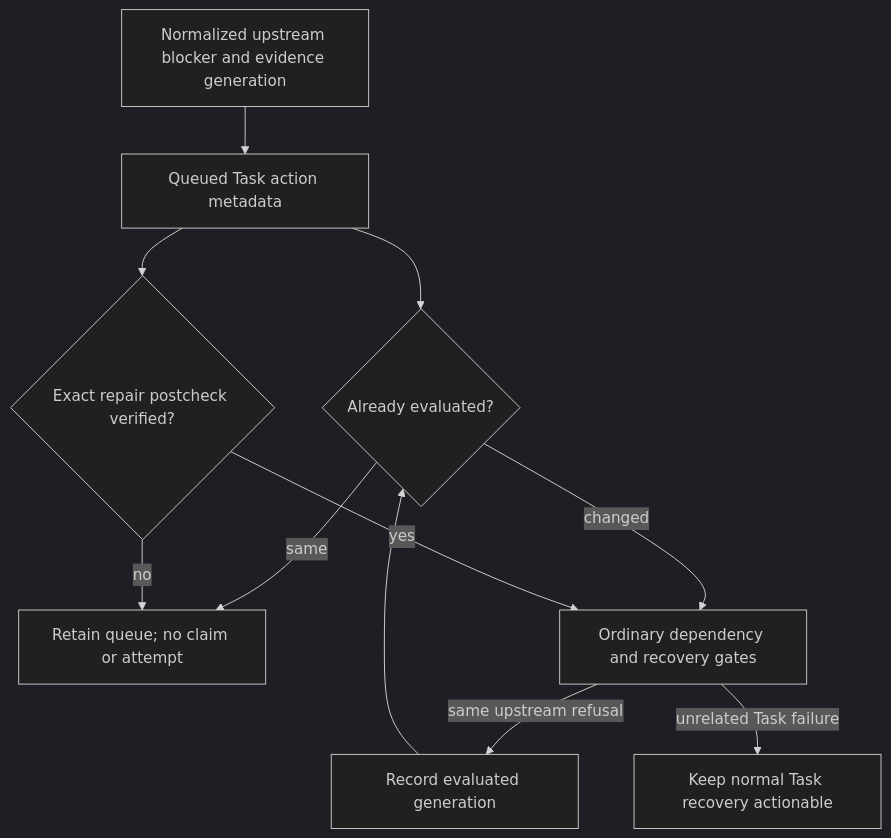
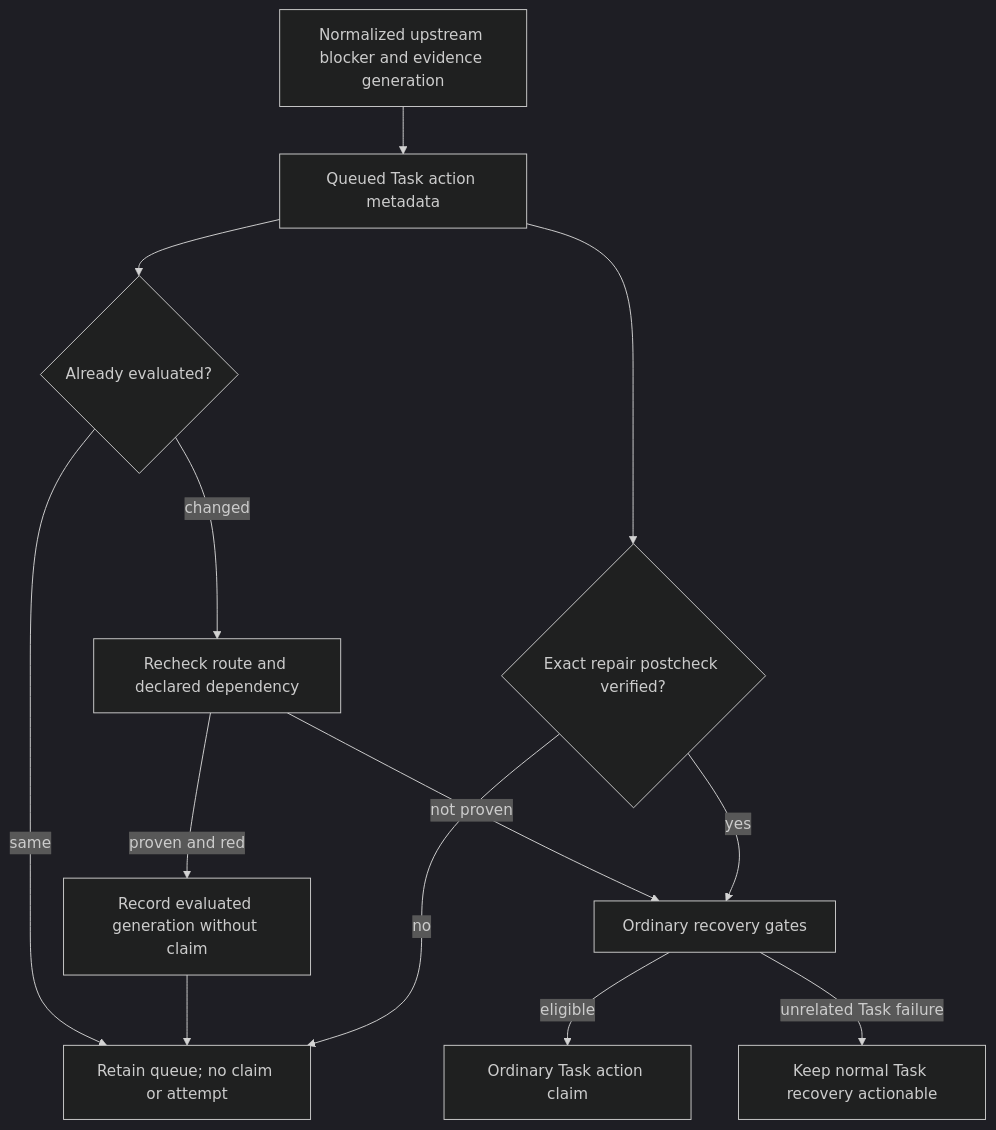
One commit to vincentc-b/CascadeCode changed the fifth of 6 diagrams in cascade/task/DESIGN.md. Above: the diagram before and after it, drawn with Mermaid (dark theme). The commit also changed other lines of this file and 9 other files, not shown here.

First line of the commit message:
task/task_051_005_002: Fence dependent Feature Task recovery on upstream review generations

````diff
--- a/cascade/task/DESIGN.md
+++ b/cascade/task/DESIGN.md
@@ -368,13 +371,15 @@
 ```mermaid
 flowchart TD
     Red[Normalized upstream blocker and evidence generation] --> Persist[Queued Task action metadata]
     Persist --> Compare{Already evaluated?}
     Compare -->|same| Wait[Retain queue; no claim or attempt]
-    Compare -->|changed| Gates[Ordinary dependency and recovery gates]
-    Gates -->|same upstream refusal| Evaluate[Record evaluated generation]
+    Compare -->|changed| Relationship[Recheck route and declared dependency]
+    Relationship -->|proven and red| Evaluate[Record evaluated generation without claim]
+    Relationship -->|not proven| Gates[Ordinary recovery gates]
+    Evaluate --> Wait
+    Gates -->|eligible| Attempt[Ordinary Task action claim]
     Gates -->|unrelated Task failure| TaskOwner[Keep normal Task recovery actionable]
-    Evaluate --> Compare
     Persist --> Verify{Exact repair postcheck verified?}
     Verify -->|no| Wait
     Verify -->|yes| Gates
 ```
````
